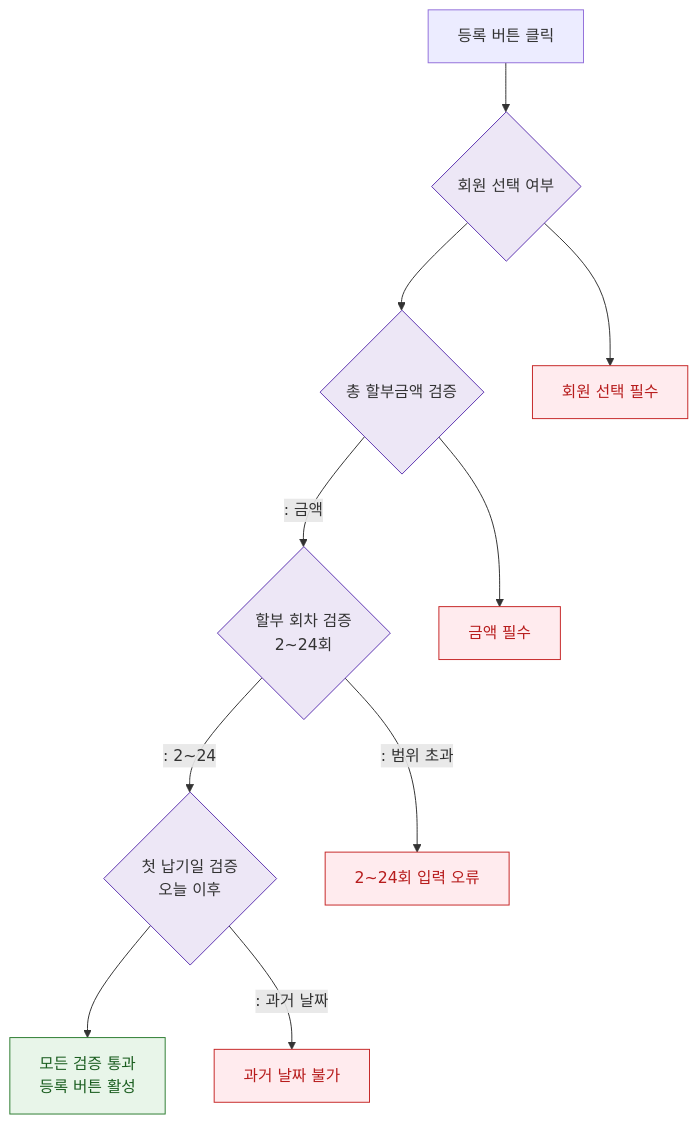
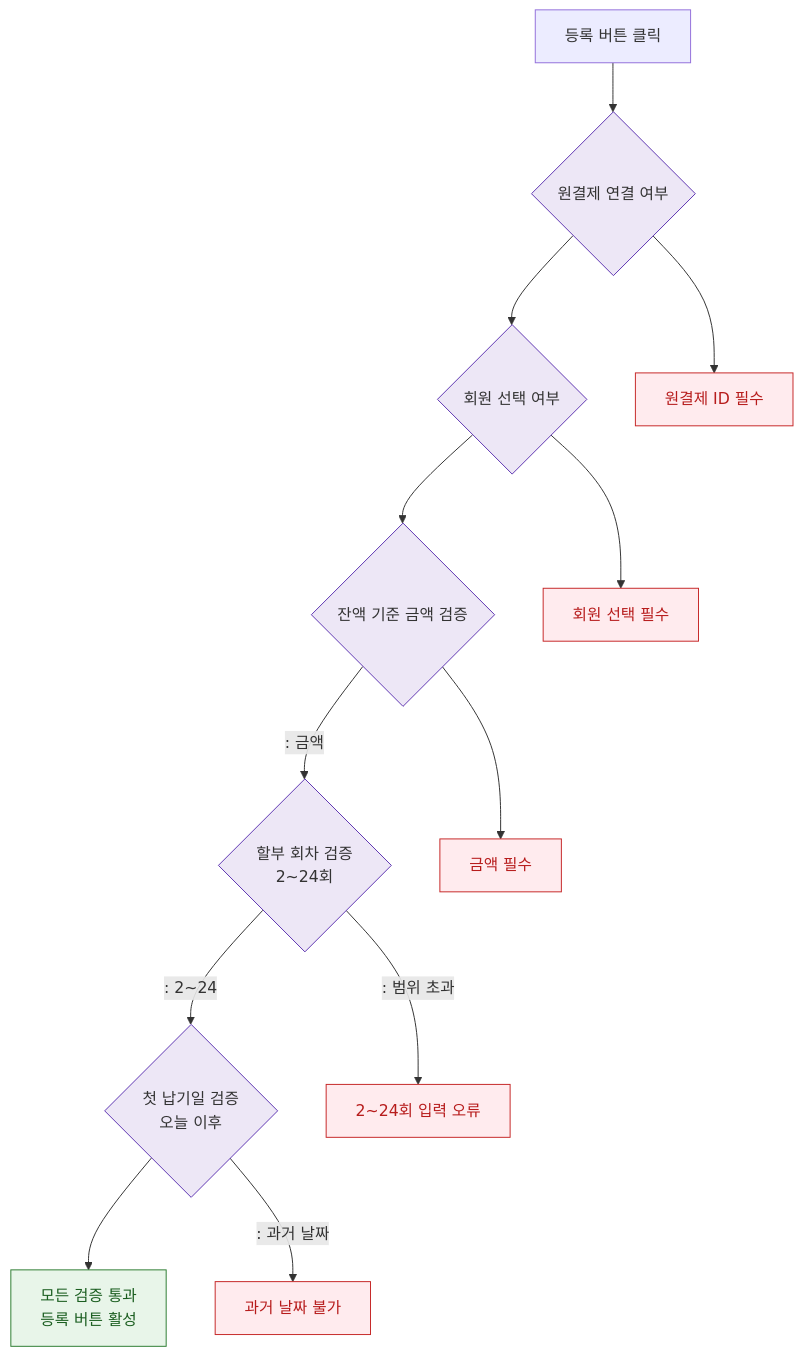
One commit to dev-spogym/admin-pando changed the diagram in docs/admin/다이어그램/D03_매출관리/DLG-S009_할부등록/M2_필드검증.md. Above: the diagram before and after it, drawn with Mermaid. The commit also changed other lines of this file and 45 other files, not shown here.

````diff
--- a/docs/admin/다이어그램/D03_매출관리/DLG-S009_할부등록/M2_필드검증.md
+++ b/docs/admin/다이어그램/D03_매출관리/DLG-S009_할부등록/M2_필드검증.md
@@ -18,23 +18,25 @@
 ```mermaid
 flowchart TD
-    SUBMIT[등록 버튼 클릭] --> MEMBER_CHECK{회원 선택 여부}
-    MEMBER_CHECK --> AMOUNT_CHECK{총 할부금액 검증}
+    SUBMIT[등록 버튼 클릭] --> ORIGIN_CHECK{원결제 연결 여부}
+    ORIGIN_CHECK --> MEMBER_CHECK{회원 선택 여부}
+    ORIGIN_CHECK --> ERR_ORIGIN[원결제 ID 필수]
+    MEMBER_CHECK --> AMOUNT_CHECK{잔액 기준 금액 검증}
     MEMBER_CHECK --> ERR_MEMBER[회원 선택 필수]
 
     AMOUNT_CHECK -->|": 금액"|INSTALLMENT_CHECK{할부 회차 검증\n2~24회}
     AMOUNT_CHECK --> ERR_AMOUNT[금액 필수]
 
     INSTALLMENT_CHECK -->|": 2~24"|DATE_CHECK{첫 납기일 검증\n오늘 이후}
     INSTALLMENT_CHECK -->|": 범위 초과"|ERR_COUNT[2~24회 입력 오류]
 
     DATE_CHECK --> ALL_VALID[모든 검증 통과\n등록 버튼 활성]
     DATE_CHECK -->|": 과거 날짜"|ERR_DATE[과거 날짜 불가]
 
     classDef system fill:#EDE7F6,stroke:#5E35B2
     classDef success fill:#E8F5E9,stroke:#2E7D32,color:#1B5E20
     classDef error fill:#FFEBEE,stroke:#C62828,color:#B71C1C
 
-    class MEMBER_CHECK,AMOUNT_CHECK,INSTALLMENT_CHECK,DATE_CHECK system
+    class ORIGIN_CHECK,MEMBER_CHECK,AMOUNT_CHECK,INSTALLMENT_CHECK,DATE_CHECK system
     class ALL_VALID success
-    class ERR_MEMBER,ERR_AMOUNT,ERR_COUNT,ERR_DATE error
+    class ERR_ORIGIN,ERR_MEMBER,ERR_AMOUNT,ERR_COUNT,ERR_DATE error
 ```
````
